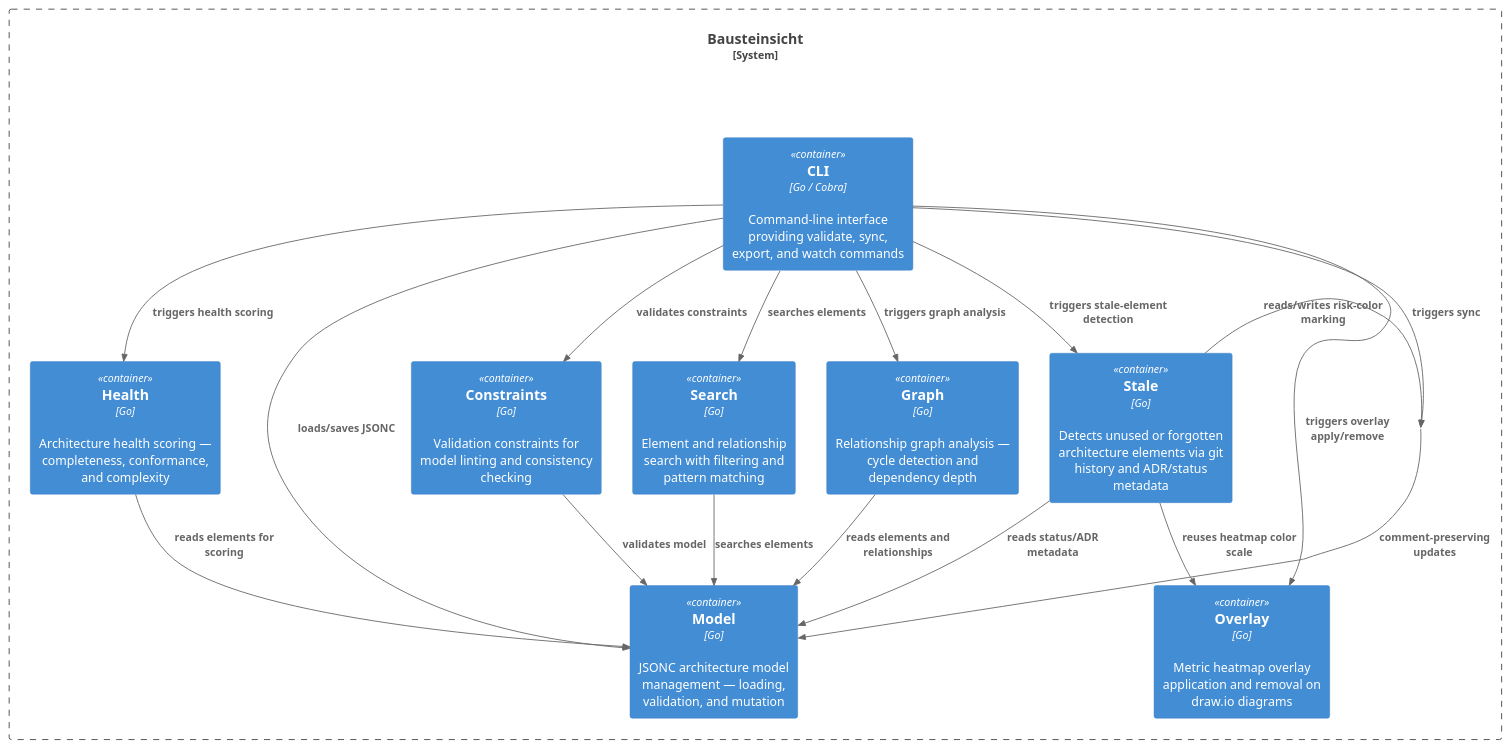
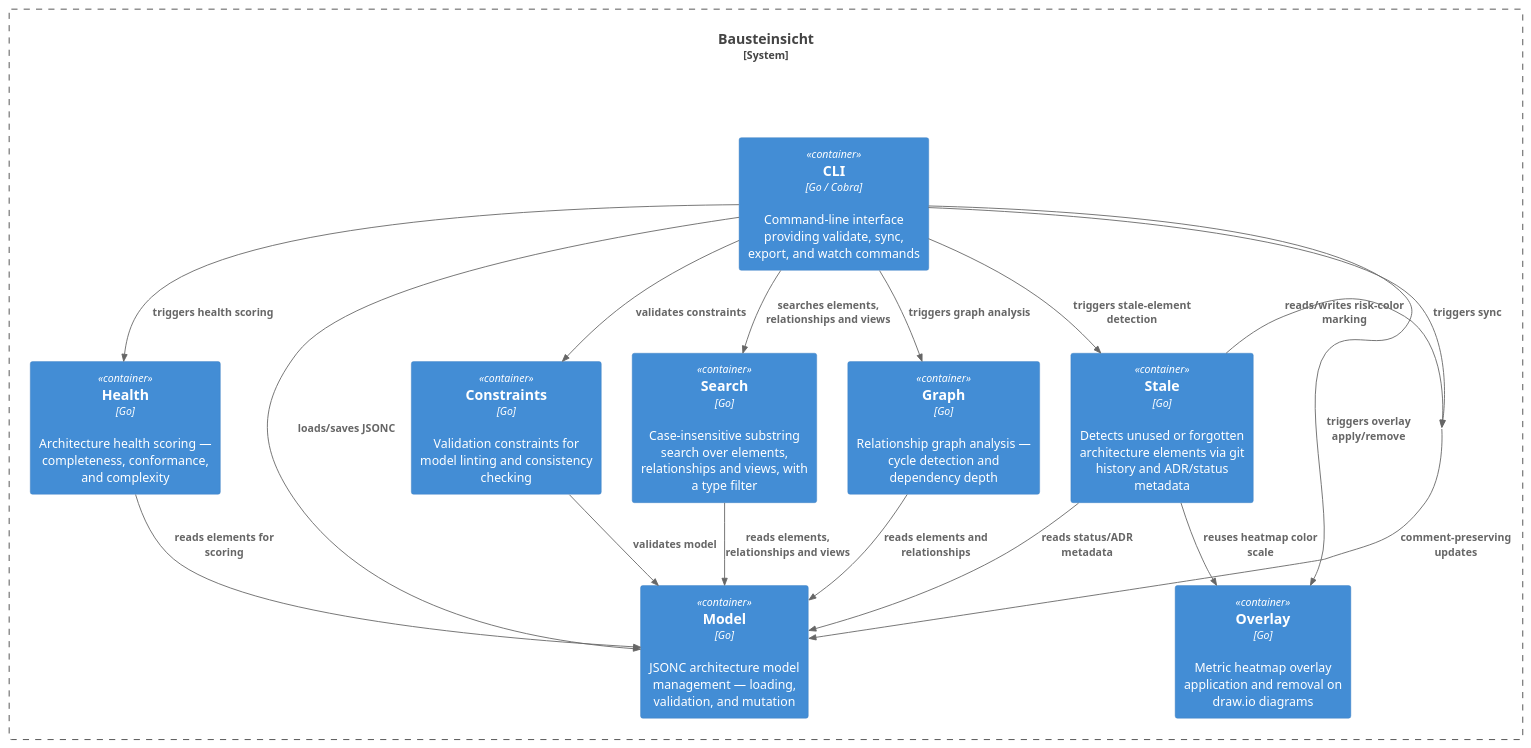
The diagram in src/docs/arc42/containers-analysis.puml (docToolchain/Bausteinsicht), drawn with PlantUML before and after one commit. The commit also changed 17 other files, not shown here.

First line of the commit message:
docs(arc42): model the components of the search package (#658)

```diff
--- a/src/docs/arc42/containers-analysis.puml
+++ b/src/docs/arc42/containers-analysis.puml
@@ -1,31 +1,31 @@
 @startuml
 !include <C4/C4_Container>
 
 System_Boundary(bausteinsicht, "Bausteinsicht") {
   Container(bausteinsicht_cli, "CLI", "Go / Cobra", "Command-line interface providing validate, sync, export, and watch commands")
   Container(bausteinsicht_constraints, "Constraints", "Go", "Validation constraints for model linting and consistency checking")
   Container(bausteinsicht_graph, "Graph", "Go", "Relationship graph analysis — cycle detection and dependency depth")
   Container(bausteinsicht_health, "Health", "Go", "Architecture health scoring — completeness, conformance, and complexity")
   Container(bausteinsicht_model, "Model", "Go", "JSONC architecture model management — loading, validation, and mutation")
   Container(bausteinsicht_overlay, "Overlay", "Go", "Metric heatmap overlay application and removal on draw.io diagrams")
-  Container(bausteinsicht_search, "Search", "Go", "Element and relationship search with filtering and pattern matching")
+  Container(bausteinsicht_search, "Search", "Go", "Case-insensitive substring search over elements, relationships and views, with a type filter")
   Container(bausteinsicht_stale, "Stale", "Go", "Detects unused or forgotten architecture elements via git history and ADR/status metadata")
 }
 
 Rel(bausteinsicht_cli, bausteinsicht_model, "loads/saves JSONC")
 Rel(bausteinsicht_cli, bausteinsicht, "triggers sync")
-Rel(bausteinsicht_cli, bausteinsicht_search, "searches elements")
+Rel(bausteinsicht_cli, bausteinsicht_search, "searches elements, relationships and views")
 Rel(bausteinsicht_cli, bausteinsicht_constraints, "validates constraints")
 Rel(bausteinsicht_cli, bausteinsicht_graph, "triggers graph analysis")
 Rel(bausteinsicht_cli, bausteinsicht_health, "triggers health scoring")
 Rel(bausteinsicht_cli, bausteinsicht_overlay, "triggers overlay apply/remove")
 Rel(bausteinsicht_cli, bausteinsicht_stale, "triggers stale-element detection")
 Rel(bausteinsicht, bausteinsicht_model, "comment-preserving updates")
-Rel(bausteinsicht_search, bausteinsicht_model, "searches elements")
+Rel(bausteinsicht_search, bausteinsicht_model, "reads elements, relationships and views")
 Rel(bausteinsicht_constraints, bausteinsicht_model, "validates model")
 Rel(bausteinsicht_graph, bausteinsicht_model, "reads elements and relationships")
 Rel(bausteinsicht_health, bausteinsicht_model, "reads elements for scoring")
 Rel(bausteinsicht_stale, bausteinsicht, "reads/writes risk-color marking")
 Rel(bausteinsicht_stale, bausteinsicht_model, "reads status/ADR metadata")
 Rel(bausteinsicht_stale, bausteinsicht_overlay, "reuses heatmap color scale")
 @enduml
```
